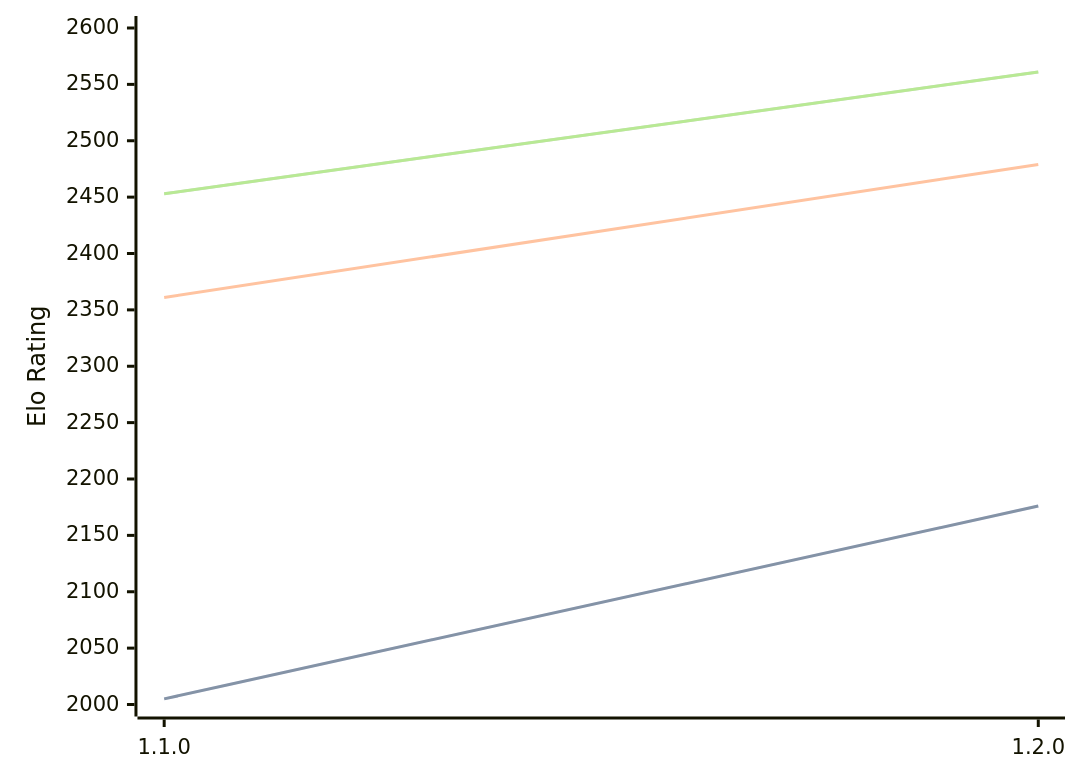
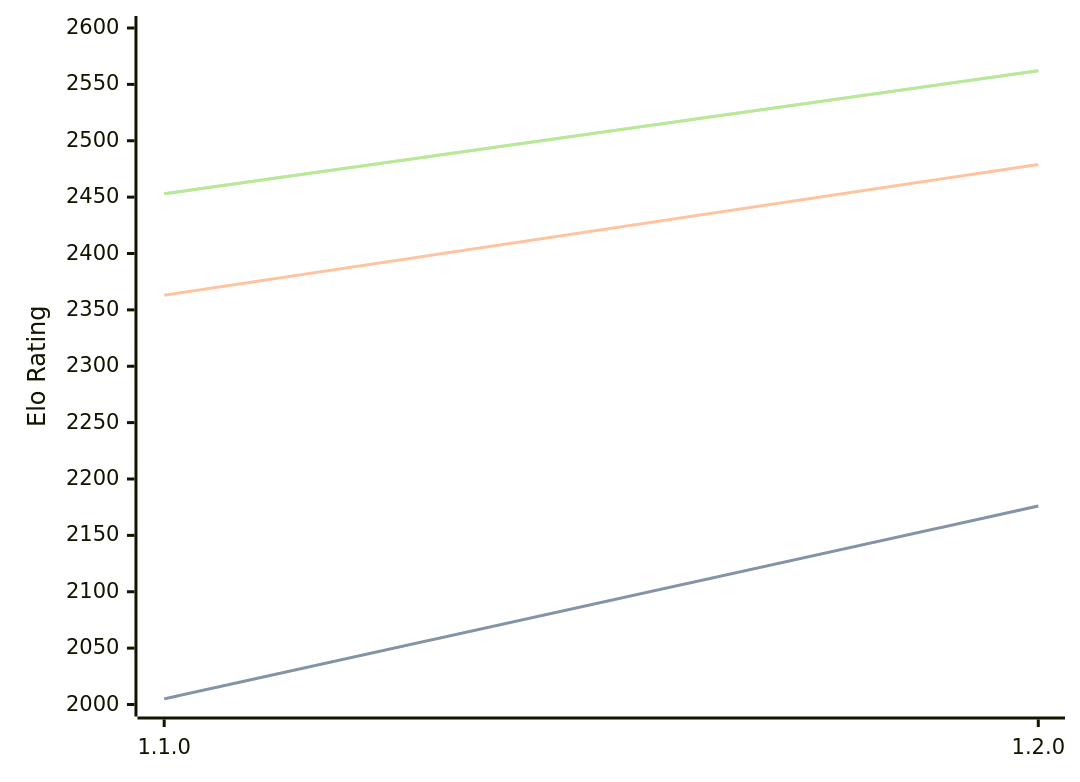
One commit to computer-chess-index/cci changed the diagram in engines/Gyatso.md. Above: the diagram before and after it, drawn with Mermaid. The commit also changed other lines of this file, not shown here.

Commit message:
Update CCI Ratings (ELO VLTC) - 2026-02-15

````diff
--- a/engines/Gyatso.md
+++ b/engines/Gyatso.md
@@ -30,11 +30,11 @@
 ```mermaid
 %%{init: {"theme":"base","themeVariables":{"seriesColors:['#a3a3a3','#222221','#faa371']}}}%%
 xychart-beta
   x-axis ["1.1.0", "1.2.0"]
   y-axis "Elo Rating" 2000 --> 2600
   line "STC (8.0+0.08s)" [2005, 2176]
   line "STC (8.0+0.08s)" [2005, 2176]
-  line "LTC (60.0+0.60s)" [2361, 2479]
-  line "VLTC (2m24s+1.12s)" [2453, 2561]
-  line "VLTC (2m24s+1.12s)" [2453, 2561]
+  line "LTC (60.0+0.60s)" [2363, 2479]
+  line "VLTC (2m24s+1.12s)" [2453, 2562]
+  line "VLTC (2m24s+1.12s)" [2453, 2562]
 ```
````
